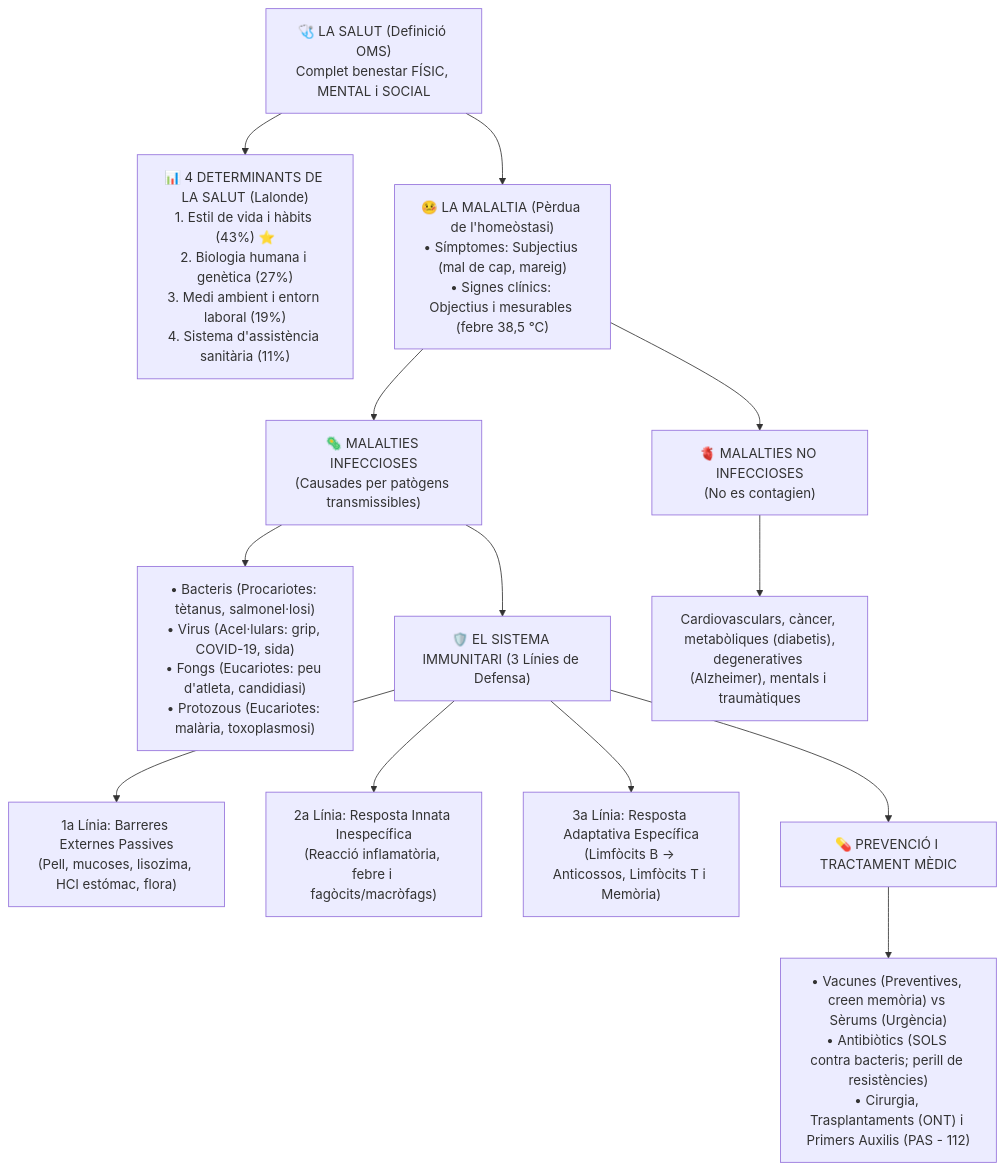
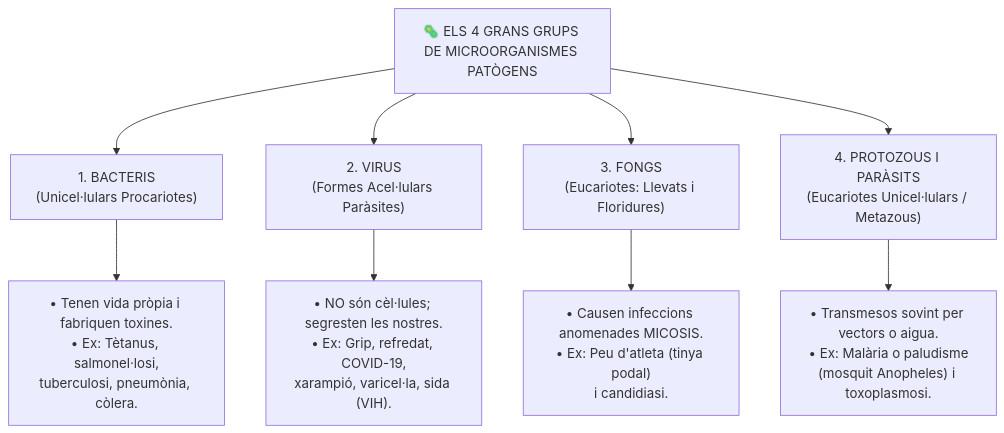
One commit to socderafel/socderafel.github.io changed the second of 4 diagrams in biblioteca-cicles/01_FP_Basica/1fpb-ciencies-aplicades/nat06/index.md. Above: the diagram before and after it, drawn with Mermaid. The commit also changed other lines of this file and 68 other files, not shown here.

````diff
--- a/biblioteca-cicles/01_FP_Basica/1fpb-ciencies-aplicades/nat06/index.md
+++ b/biblioteca-cicles/01_FP_Basica/1fpb-ciencies-aplicades/nat06/index.md
@@ -47,39 +342,27 @@
 ```mermaid
 flowchart TD
-  A["🩺 LA SALUT (Definició OMS)
-Complet benestar FÍSIC, MENTAL i SOCIAL"] --> B["📊 4 DETERMINANTS DE LA SALUT (Lalonde)
-1. Estil de vida i hàbits (43%) ⭐
-2. Biologia humana i genètica (27%)
-3. Medi ambient i entorn laboral (19%)
-4. Sistema d'assistència sanitària (11%)"]
+  A["🦠 ELS 4 GRANS GRUPS DE MICROORGANISMES PATÒGENS"] --> B["1. BACTERIS
+(Unicel·lulars Procariotes)"]
+  A --> C["2. VIRUS
+(Formes Acel·lulars Paràsites)"]
+  A --> D["3. FONGS
+(Eucariotes: Llevats i Floridures)"]
+  A --> E["4. PROTOZOUS I PARÀSITS
+(Eucariotes Unicel·lulars / Metazous)"]
 
-  A --> C["🤒 LA MALALTIA (Pèrdua de l'homeòstasi)
-• Símptomes: Subjectius (mal de cap, mareig)
-• Signes clínics: Objectius i mesurables (febre 38,5 °C)"]
+  B --> B1["• Tenen vida pròpia i fabriquen toxines.
+• Ex: Tètanus, salmonel·losi,
+tuberculosi, pneumònia, còlera."]
 
-  C --> D["🦠 MALALTIES INFECCIOSES
-(Causades per patògens transmissibles)"]
-  C --> E["🫀 MALALTIES NO INFECCIOSES
-(No es contagien)"]
+  C --> C1["• NO són cèl·lules; segresten les nostres.
+• Ex: Grip, refredat, COVID-19,
+xarampió, varicel·la, sida (VIH)."]
 
-  D --> D1["• Bacteris (Procariotes: tètanus, salmonel·losi)
-• Virus (Acel·lulars: grip, COVID-19, sida)
-• Fongs (Eucariotes: peu d'atleta, candidiasi)
-• Protozous (Eucariotes: malària, toxoplasmosi)"]
+  D --> D1["• Causen infeccions anomenades MICOSIS.
+• Ex: Peu d'atleta (tinya podal)
+i candidiasi."]
 
-  E --> E1["Cardiovasculars, càncer, metabòliques (diabetis),
-degeneratives (Alzheimer), mentals i traumàtiques"]
-
-  D --> F["🛡️ EL SISTEMA IMMUNITARI (3 Línies de Defensa)"]
-  F --> F1["1a Línia: Barreres Externes Passives
-(Pell, mucoses, lisozima, HCl estómac, flora)"]
-  F --> F2["2a Línia: Resposta Innata Inespecífica
-(Reacció inflamatòria, febre i fagòcits/macròfags)"]
-  F --> F3["3a Línia: Resposta Adaptativa Específica
-(Limfòcits B → Anticossos, Limfòcits T i Memòria)"]
-
-  F --> G["💊 PREVENCIÓ I TRACTAMENT MÈDIC"]
-  G --> G1["• Vacunes (Preventives, creen memòria) vs Sèrums (Urgència)
-• Antibiòtics (SOLS contra bacteris; perill de resistències)
-• Cirurgia, Trasplantaments (ONT) i Primers Auxilis (PAS - 112)"]
+  E --> E1["• Transmesos sovint per vectors o aigua.
+• Ex: Malària o paludisme
+(mosquit Anopheles) i toxoplasmosi."]
 ```
````
